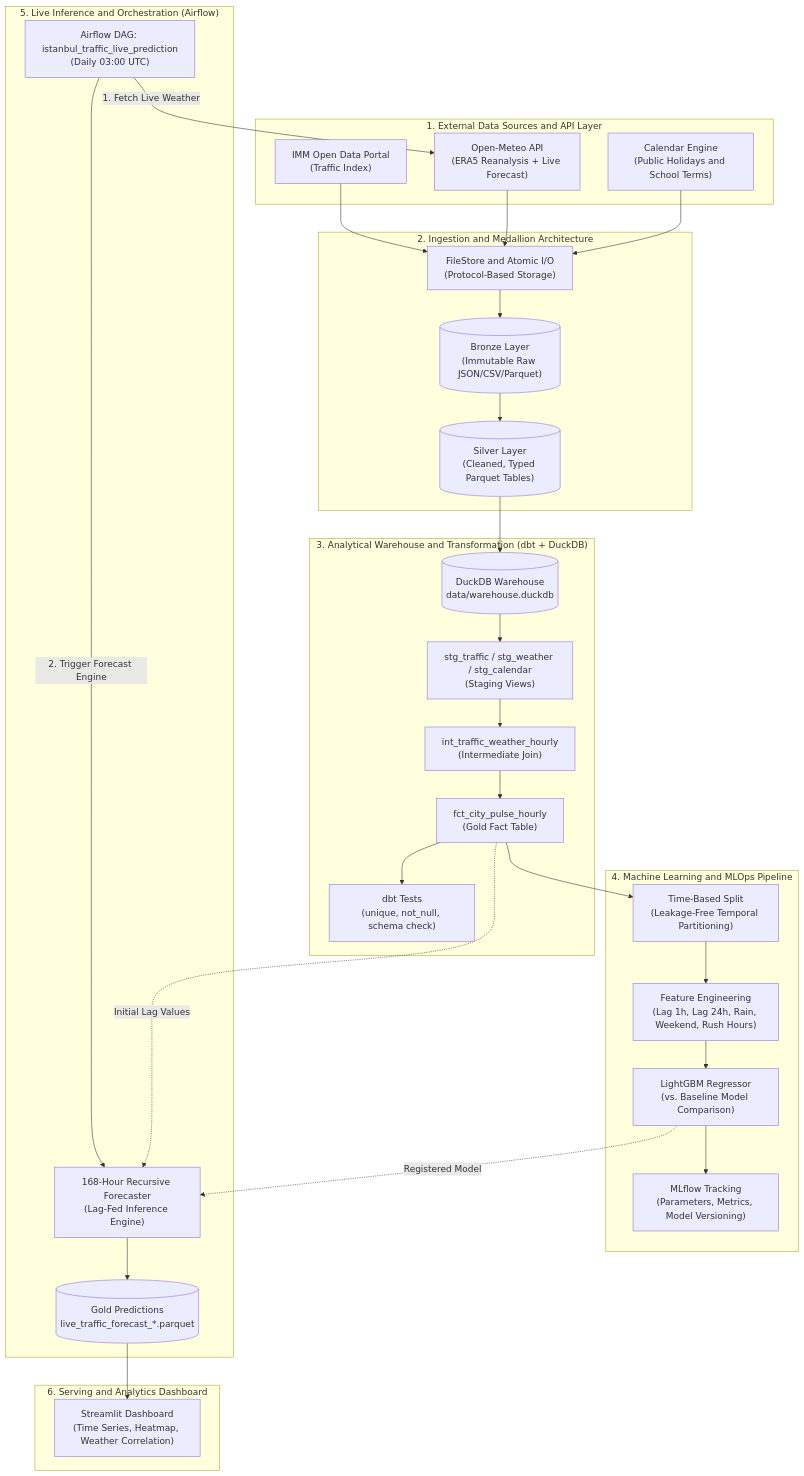
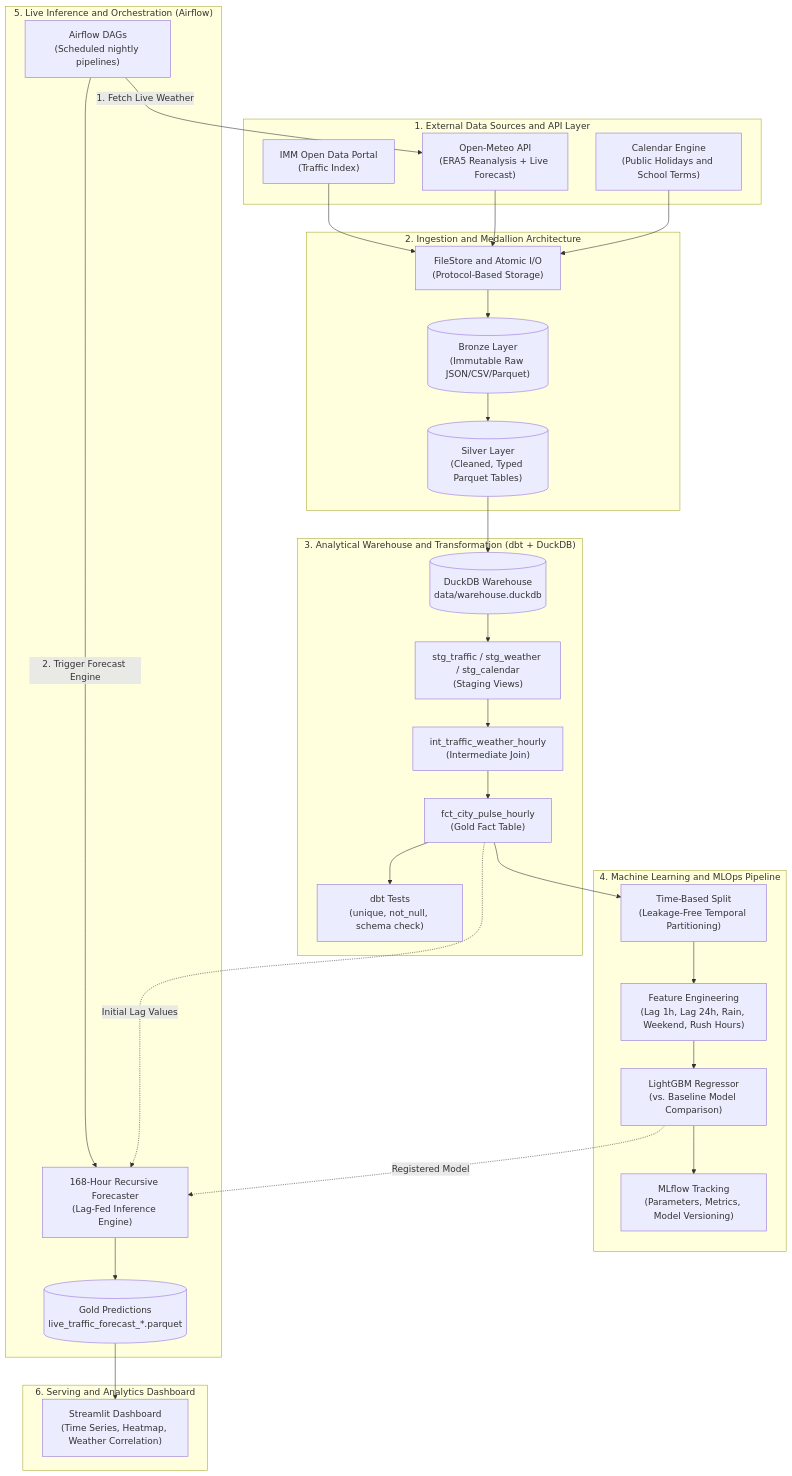
The diagram in README.md (MuhammedKeremDemirbent/ISTANBUL-CITY-PULSE), drawn with Mermaid before and after one commit. The commit also changed other lines of this file, not shown here.

````diff
--- a/README.md
+++ b/README.md
@@ -24,56 +22,55 @@
 ```mermaid
 flowchart TD
     subgraph SOURCES["1. External Data Sources and API Layer"]
         IBB["IMM Open Data Portal<br/>(Traffic Index)"]
         METEO["Open-Meteo API<br/>(ERA5 Reanalysis + Live Forecast)"]
         CAL["Calendar Engine<br/>(Public Holidays and School Terms)"]
     end
 
     subgraph INGESTION["2. Ingestion and Medallion Architecture"]
         BRONZE[("Bronze Layer<br/>(Immutable Raw JSON/CSV/Parquet)")]
         SILVER[("Silver Layer<br/>(Cleaned, Typed Parquet Tables)")]
         STORE["FileStore and Atomic I/O<br/>(Protocol-Based Storage)"]
     end
 
     subgraph WAREHOUSE["3. Analytical Warehouse and Transformation (dbt + DuckDB)"]
         DUCK[("DuckDB Warehouse<br/>data/warehouse.duckdb")]
         STG["stg_traffic / stg_weather / stg_calendar<br/>(Staging Views)"]
         INT["int_traffic_weather_hourly<br/>(Intermediate Join)"]
         MART["fct_city_pulse_hourly<br/>(Gold Fact Table)"]
         TESTS["dbt Tests<br/>(unique, not_null, schema check)"]
     end
 
     subgraph MLOPS["4. Machine Learning and MLOps Pipeline"]
         SPLIT["Time-Based Split<br/>(Leakage-Free Temporal Partitioning)"]
         FEAT["Feature Engineering<br/>(Lag 1h, Lag 24h, Rain, Weekend, Rush Hours)"]
         LGBM["LightGBM Regressor<br/>(vs. Baseline Model Comparison)"]
         MLFLOW["MLflow Tracking<br/>(Parameters, Metrics, Model Versioning)"]
     end
 
     subgraph ORCHESTRATION["5. Live Inference and Orchestration (Airflow)"]
-        DAG["Airflow DAG: istanbul_traffic_live_prediction<br/>(Daily 03:00 UTC)"]
+        DAG["Airflow DAGs<br/>(Scheduled nightly pipelines)"]
         RECURSIVE["168-Hour Recursive Forecaster<br/>(Lag-Fed Inference Engine)"]
         PRED_GOLD[("Gold Predictions<br/>live_traffic_forecast_*.parquet")]
     end
 
     subgraph SERVING["6. Serving and Analytics Dashboard"]
         DASH["Streamlit Dashboard<br/>(Time Series, Heatmap, Weather Correlation)"]
     end
 
-    %% Pipeline Connections
     IBB --> STORE
     METEO --> STORE
     CAL --> STORE
     STORE --> BRONZE --> SILVER --> DUCK
 
     DUCK --> STG --> INT --> MART
     MART --> TESTS
     MART --> SPLIT --> FEAT --> LGBM --> MLFLOW
 
     DAG -->|1. Fetch Live Weather| METEO
     DAG -->|2. Trigger Forecast Engine| RECURSIVE
     LGBM -.->|Registered Model| RECURSIVE
     MART -.->|Initial Lag Values| RECURSIVE
     RECURSIVE --> PRED_GOLD
     PRED_GOLD --> DASH
 ```
````
